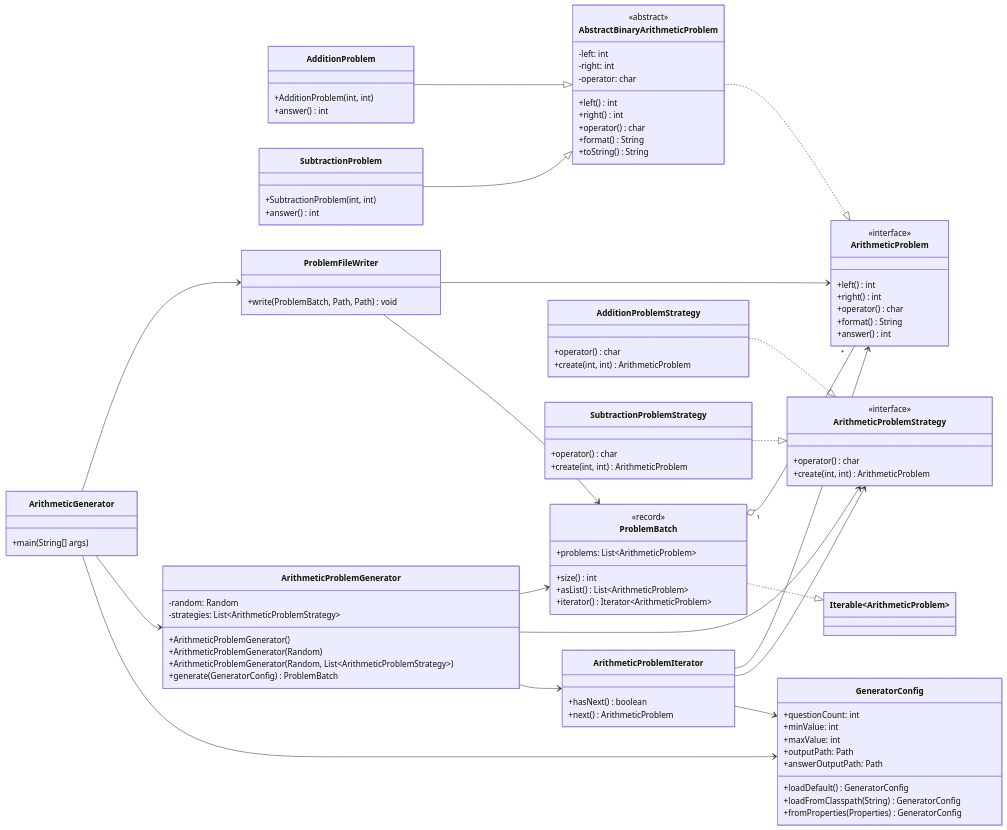
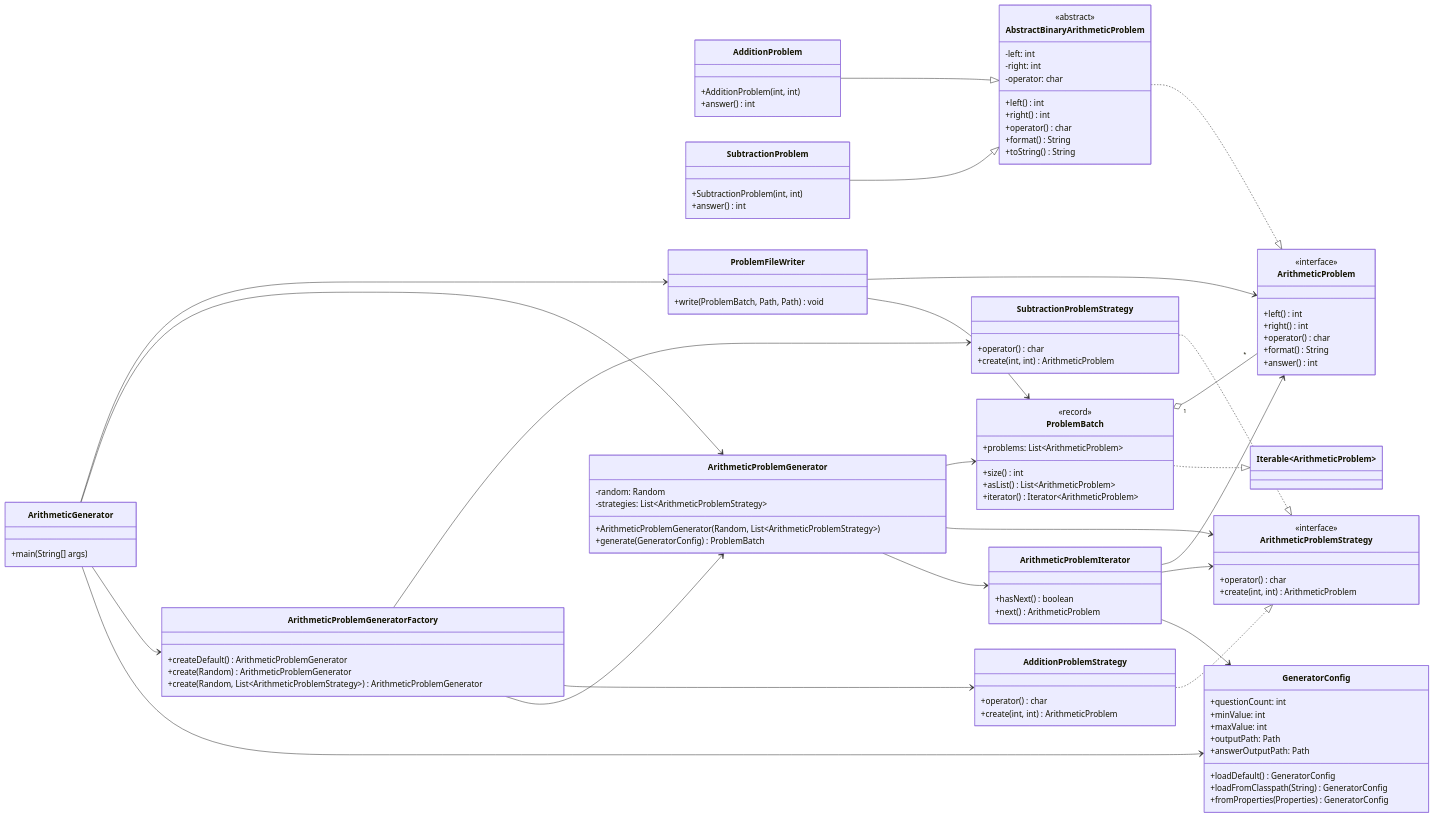
One commit to tanyaoting/plusTest changed the diagram in README.md. Above: the diagram before and after it, drawn with Mermaid. The commit also changed other lines of this file and 5 other files, not shown here.

Commit message:
Introduce generator factory

```diff
--- a/README.md
+++ b/README.md
@@ -45,6 +46,12 @@
 
 class ArithmeticGenerator {
   +main(String[] args)
+}
+
+class ArithmeticProblemGeneratorFactory {
+  +createDefault() ArithmeticProblemGenerator
+  +create(Random) ArithmeticProblemGenerator
+  +create(Random, List~ArithmeticProblemStrategy~) ArithmeticProblemGenerator
 }
 
 class GeneratorConfig {
@@ -121,8 +128,6 @@
 class ArithmeticProblemGenerator {
   -random: Random
   -strategies: List~ArithmeticProblemStrategy~
-  +ArithmeticProblemGenerator()
-  +ArithmeticProblemGenerator(Random)
   +ArithmeticProblemGenerator(Random, List~ArithmeticProblemStrategy~)
   +generate(GeneratorConfig) ProblemBatch
 }
@@ -140,6 +145,10 @@
 
 ProblemBatch ..|> Iterable~ArithmeticProblem~
 
+ArithmeticProblemGeneratorFactory --> ArithmeticProblemGenerator
+ArithmeticProblemGeneratorFactory --> AdditionProblemStrategy
+ArithmeticProblemGeneratorFactory --> SubtractionProblemStrategy
+
 ArithmeticProblemGenerator --> ArithmeticProblemIterator
 ArithmeticProblemGenerator --> ArithmeticProblemStrategy
 ArithmeticProblemGenerator --> ProblemBatch
@@ -151,6 +160,7 @@
 ProblemFileWriter --> ArithmeticProblem
 
 ArithmeticGenerator --> GeneratorConfig
+ArithmeticGenerator --> ArithmeticProblemGeneratorFactory
 ArithmeticGenerator --> ArithmeticProblemGenerator
 ArithmeticGenerator --> ProblemFileWriter
 
```
